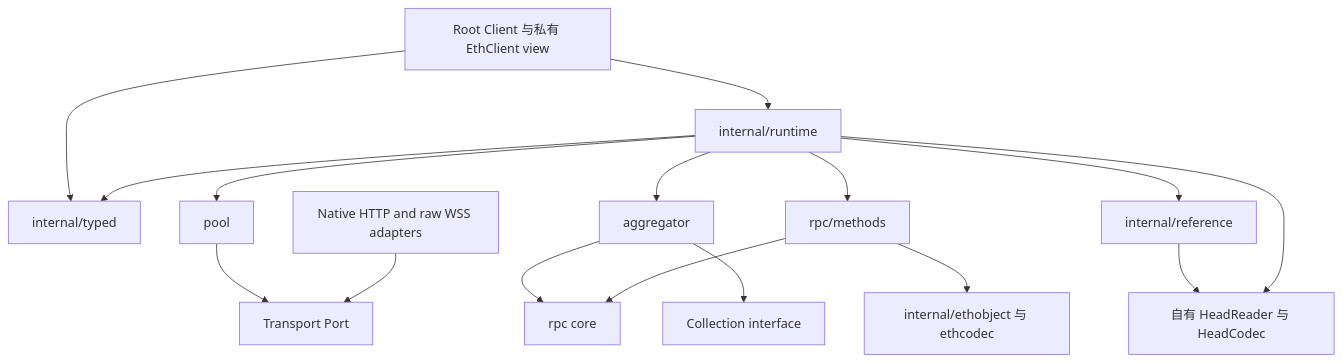
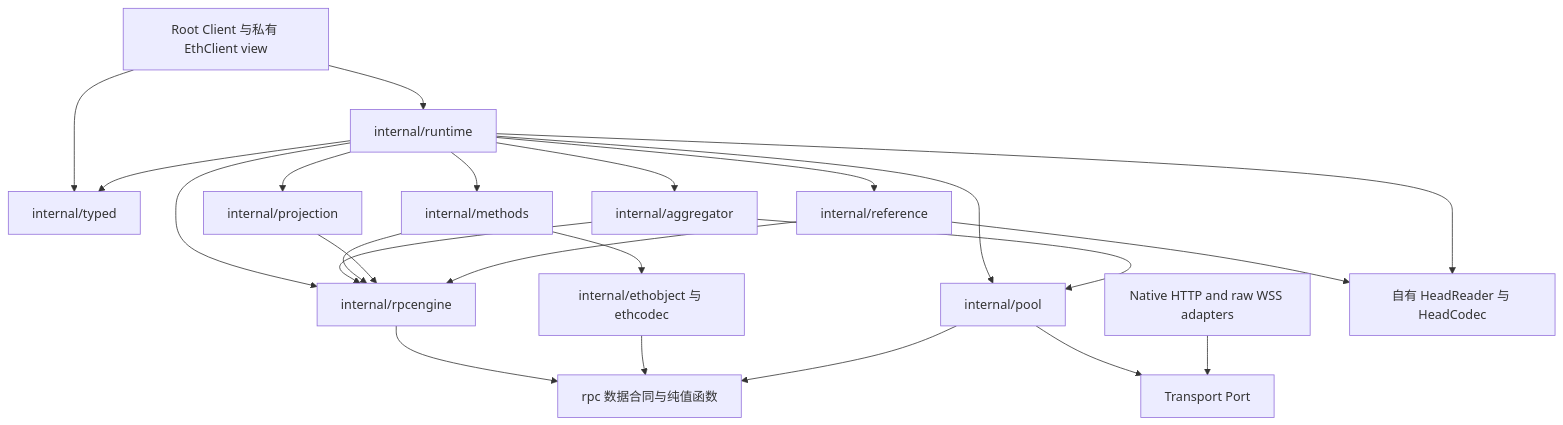
One commit to codermaybe/ethguard changed the diagram in docs/design/codebase-topology.md. Above: the diagram before and after it, drawn with Mermaid. The commit also changed other lines of this file and 523 other files, not shown here.

````diff
--- a/docs/design/codebase-topology.md
+++ b/docs/design/codebase-topology.md
@@ -68,18 +70,25 @@
 ```mermaid
 flowchart TD
     Facade[Root Client 与私有 EthClient view] --> Runtime[internal/runtime]
     Facade --> Typed[internal/typed]
-    Runtime --> Pool[pool]
-    Runtime --> Aggregator[aggregator]
-    Runtime --> Methods[rpc/methods]
+    Runtime --> Pool[internal/pool]
+    Runtime --> Aggregator[internal/aggregator]
+    Runtime --> Methods[internal/methods]
+    Runtime --> Projection[internal/projection]
     Runtime --> Reference[internal/reference]
     Runtime --> Typed
-    Aggregator --> RPC[rpc core]
-    Aggregator --> Collection[Collection interface]
-    Methods --> RPC
+    Runtime --> Engine[internal/rpcengine]
+    Aggregator --> Engine
+    Aggregator --> Pool
+    Methods --> Engine
+    Projection --> Engine
+    Reference --> Engine
+    Engine --> RPC[rpc 数据合同与纯值函数]
     Methods --> Objects[internal/ethobject 与 ethcodec]
+    Objects --> RPC
+    Pool --> RPC
     Pool --> Port[Transport Port]
     Adapters[Native HTTP and raw WSS adapters] --> Port
     Reference --> HeadPorts[自有 HeadReader 与 HeadCodec]
     Runtime --> HeadPorts
 ```
````
